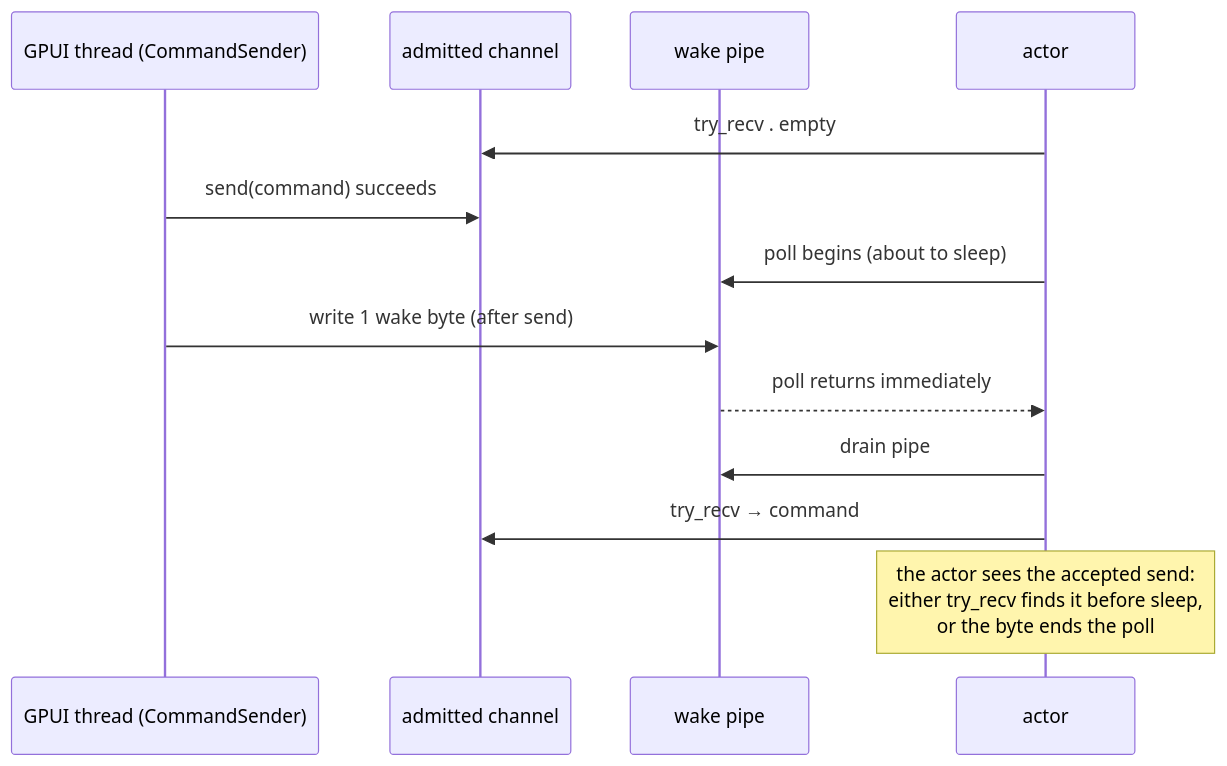
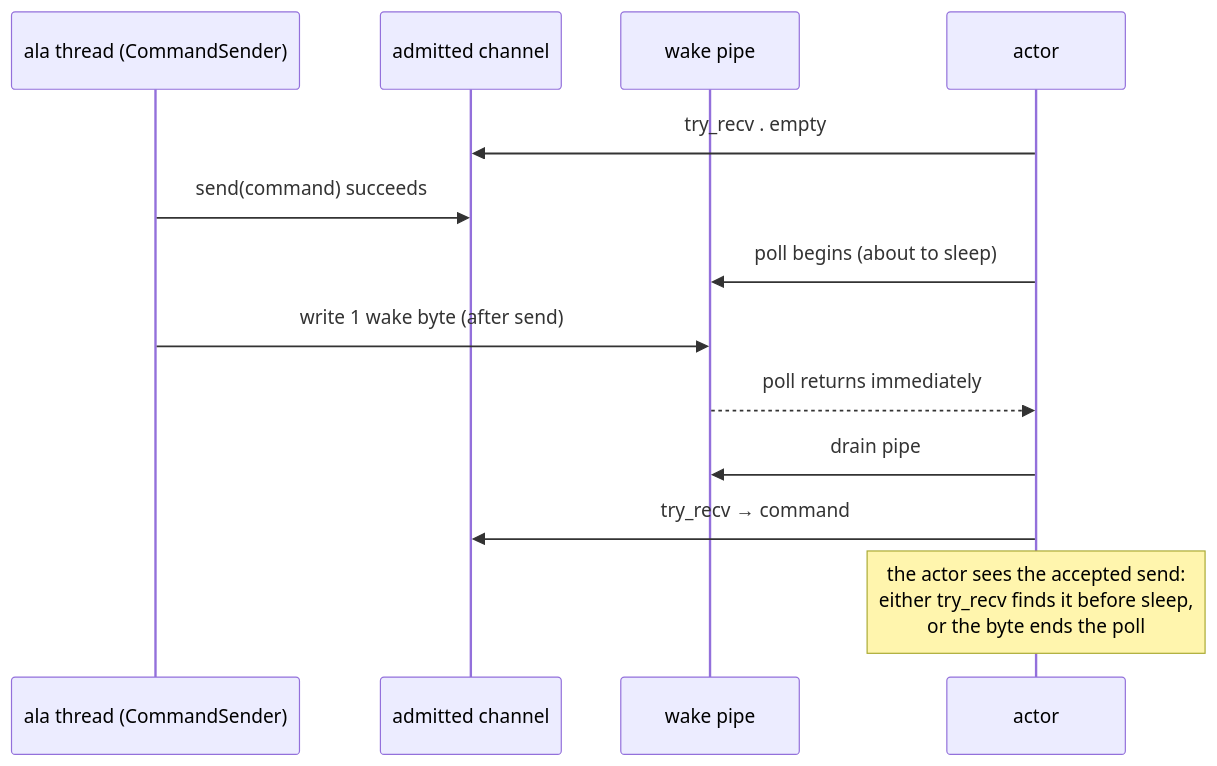
The fifth of 5 diagrams in knowledge/terminal/pty-drain.md (autistic-computer/zebrilus), drawn with Mermaid before and after one commit. The commit also changed other lines of this file and 1216 other files, not shown here.

````diff
--- a/knowledge/terminal/pty-drain.md
+++ b/knowledge/terminal/pty-drain.md
@@ -317,15 +317,15 @@
 ```mermaid
 sequenceDiagram
-    participant G as GPUI thread (CommandSender)
+    participant G as ala thread (CommandSender)
     participant C as admitted channel
     participant P as wake pipe
     participant A as actor
     A->>C: try_recv . empty
     G->>C: send(command) succeeds
     A->>P: poll begins (about to sleep)
     G->>P: write 1 wake byte (after send)
     P-->>A: poll returns immediately
     A->>P: drain pipe
     A->>C: try_recv → command
     Note over A: the actor sees the accepted send:<br/>either try_recv finds it before sleep,<br/>or the byte ends the poll
 ```
````
